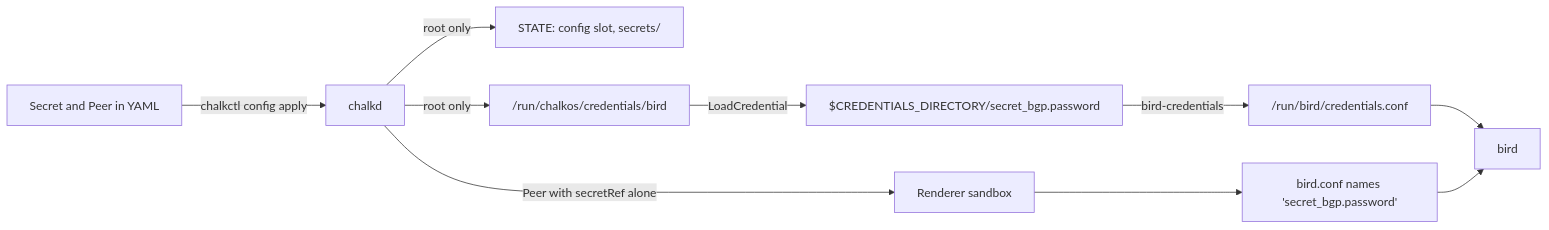
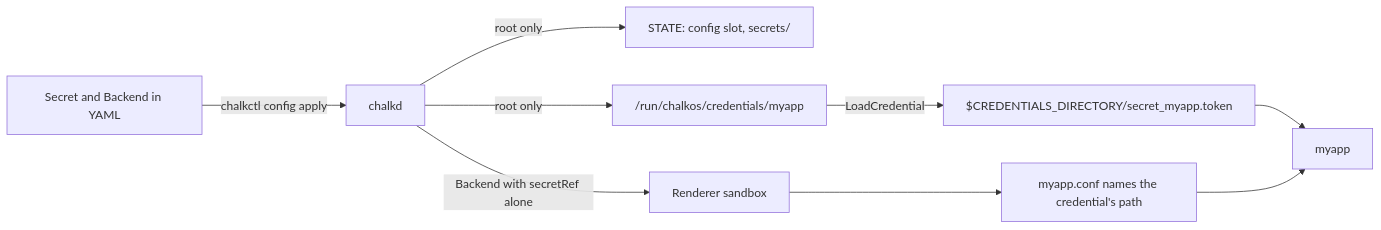
One commit to trevex/chalkos changed the diagram in docs/build/pass-secrets.md. Above: the diagram before and after it, drawn with Mermaid. The commit also changed other lines of this file and 12 other files, not shown here.

````diff
--- a/docs/build/pass-secrets.md
+++ b/docs/build/pass-secrets.md
@@ -174,12 +168,11 @@
 ```mermaid
 flowchart LR
-    yaml["Secret and Peer in YAML"] -->|chalkctl config apply| chalkd["chalkd"]
+    yaml["Secret and Backend in YAML"] -->|chalkctl config apply| chalkd["chalkd"]
     chalkd -->|root only| state["STATE: config slot, secrets/"]
-    chalkd -->|root only| creds["/run/chalkos/credentials/bird"]
-    creds -->|LoadCredential| cd["$CREDENTIALS_DIRECTORY/secret_bgp.password"]
-    cd -->|bird-credentials| consts["/run/bird/credentials.conf"]
-    chalkd -->|Peer with secretRef alone| render["Renderer sandbox"]
-    render --> conf["bird.conf names 'secret_bgp.password'"]
-    consts --> bird["bird"]
-    conf --> bird
+    chalkd -->|root only| creds["/run/chalkos/credentials/myapp"]
+    creds -->|LoadCredential| cd["$CREDENTIALS_DIRECTORY/secret_myapp.token"]
+    chalkd -->|Backend with secretRef alone| render["Renderer sandbox"]
+    render --> conf["myapp.conf names the credential's path"]
+    cd --> myapp["myapp"]
+    conf --> myapp
 ```
````
